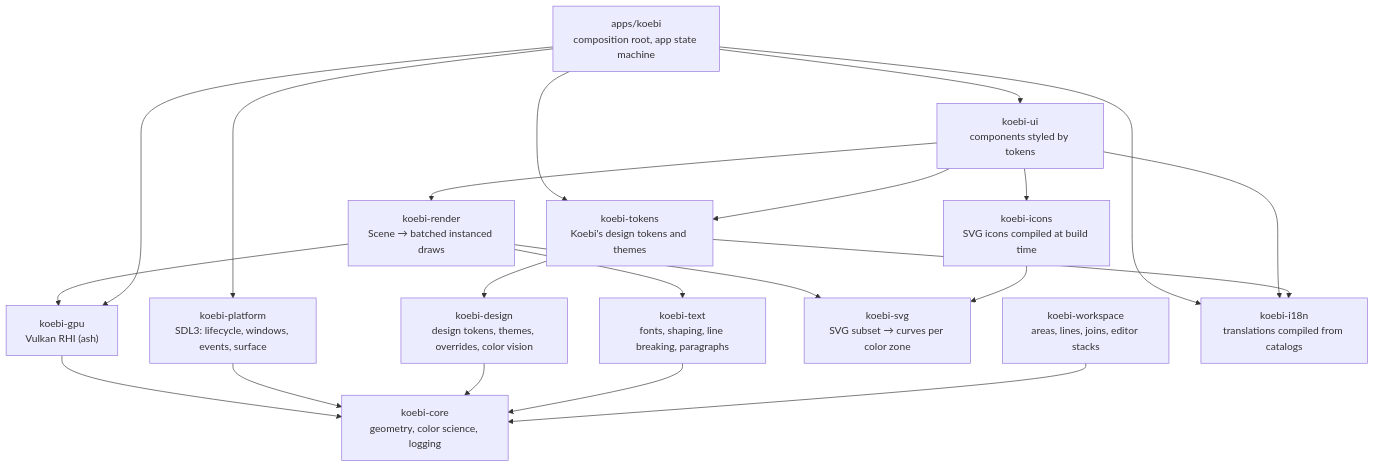
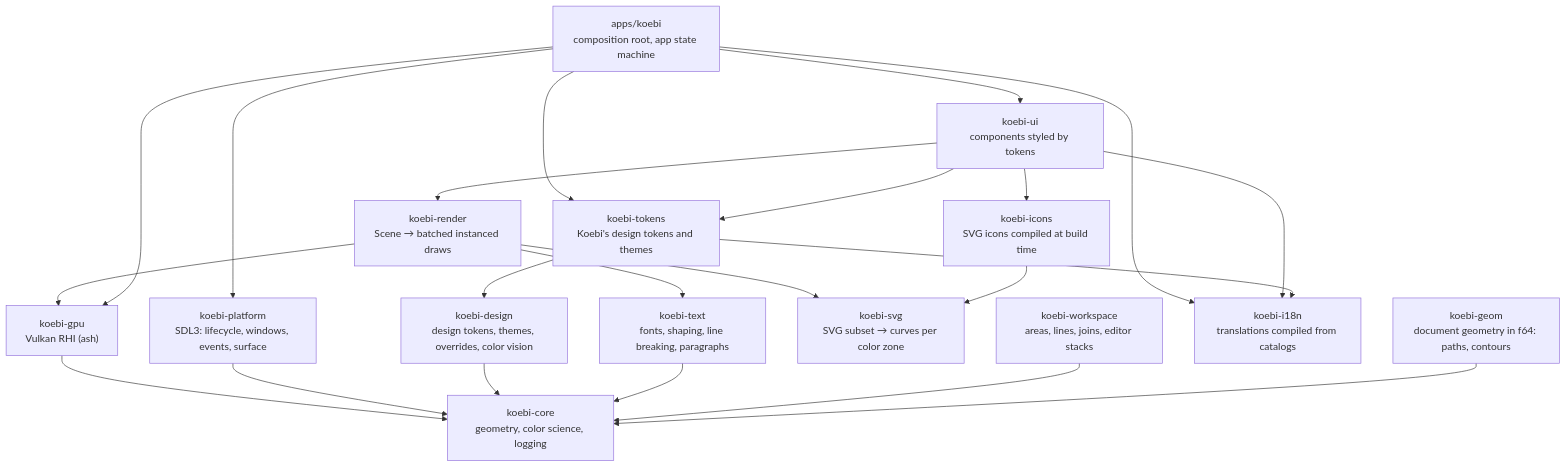
The first of 2 diagrams in docs/architecture/overview.md (Kolosta/Koebi), drawn with Mermaid before and after one commit. The commit also changed other lines of this file and 15 other files, not shown here.

Commit message:
feat(geom): document geometry in f64: paths, exact nurbs, contours, measures and hit tests (#266)

````diff
--- a/docs/architecture/overview.md
+++ b/docs/architecture/overview.md
@@ -8,29 +8,31 @@
 ```mermaid
 flowchart TD
     app["apps/koebi<br/>composition root, app state machine"]
     ui["koebi-ui<br/>components styled by tokens"]
     render["koebi-render<br/>Scene → batched instanced draws"]
     gpu["koebi-gpu<br/>Vulkan RHI (ash)"]
     platform["koebi-platform<br/>SDL3: lifecycle, windows, events, surface"]
     tokens["koebi-tokens<br/>Koebi's design tokens and themes"]
     design["koebi-design<br/>design tokens, themes, overrides, color vision"]
     text["koebi-text<br/>fonts, shaping, line breaking, paragraphs"]
     svg["koebi-svg<br/>SVG subset → curves per color zone"]
     icons["koebi-icons<br/>SVG icons compiled at build time"]
     workspace["koebi-workspace<br/>areas, lines, joins, editor stacks"]
     i18n["koebi-i18n<br/>translations compiled from catalogs"]
+    geom["koebi-geom<br/>document geometry in f64: paths, contours"]
     core["koebi-core<br/>geometry, color science, logging"]
     app --> ui --> render --> gpu --> core
     render --> text
     render --> svg
     ui --> icons --> svg
     app --> platform --> core
     app --> gpu
     app --> tokens
     ui --> tokens --> design --> core
     text --> core
     workspace --> core
+    geom --> core
     app --> i18n
     ui --> i18n
     tokens --> i18n
 ```
````
